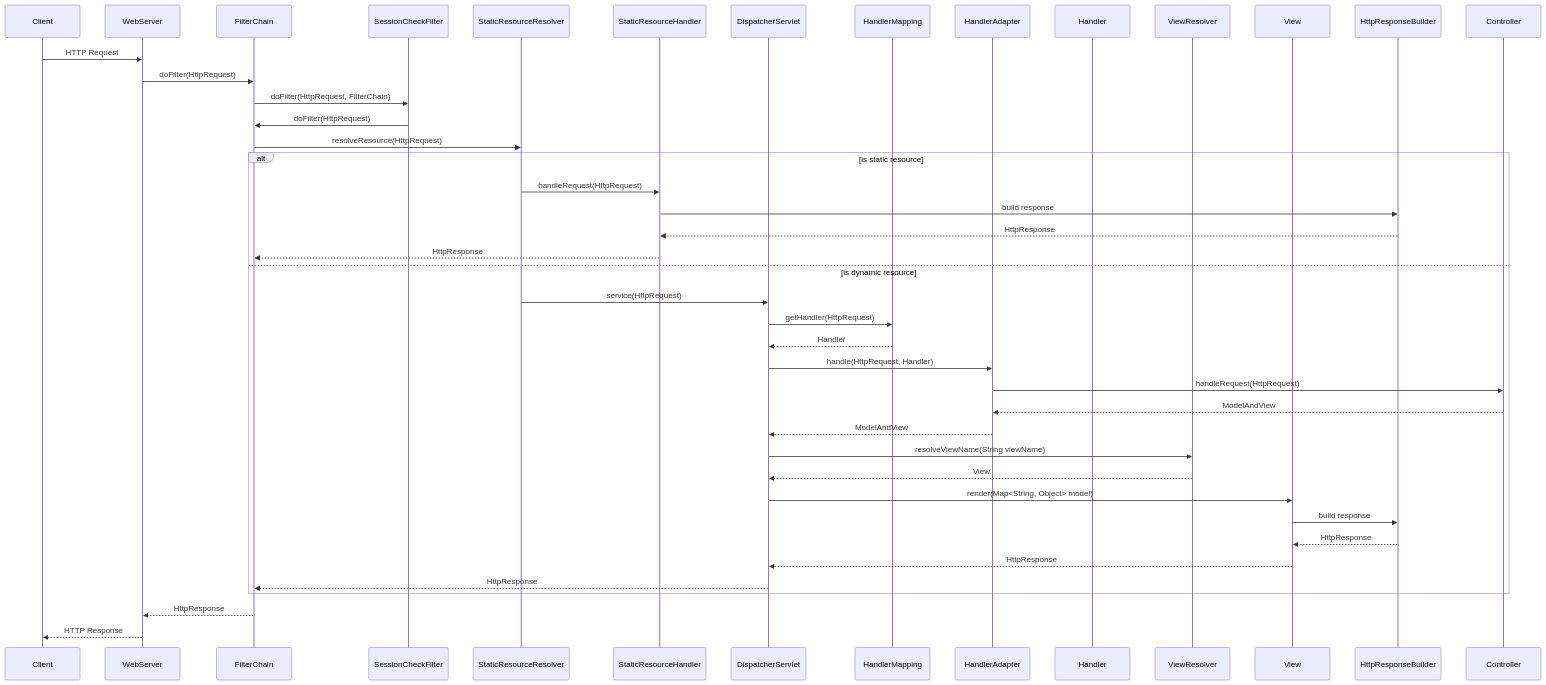
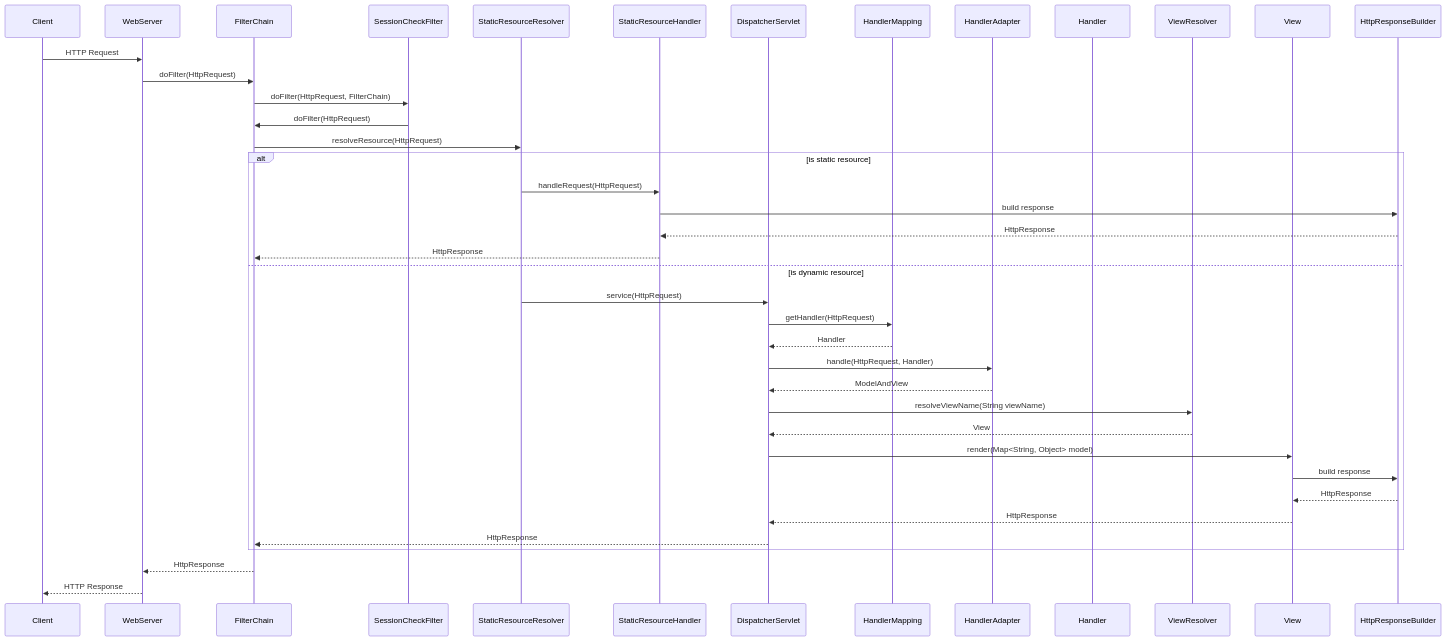
Before and after one commit to bellringstar/java-was: the diagram in README.md, drawn with Mermaid.

````diff
--- a/README.md
+++ b/README.md
@@ -9,44 +9,42 @@
 ```mermaid
 sequenceDiagram
     participant Client
     participant WebServer
     participant FilterChain
     participant SessionCheckFilter
     participant StaticResourceResolver
     participant StaticResourceHandler
     participant DispatcherServlet
     participant HandlerMapping
     participant HandlerAdapter
     participant Handler
     participant ViewResolver
     participant View
     participant HttpResponseBuilder
     Client->>WebServer: HTTP Request
     WebServer->>FilterChain: doFilter(HttpRequest)
     FilterChain->>SessionCheckFilter: doFilter(HttpRequest, FilterChain)
     SessionCheckFilter->>FilterChain: doFilter(HttpRequest)
     FilterChain->>StaticResourceResolver: resolveResource(HttpRequest)
     alt is static resource
         StaticResourceResolver->>StaticResourceHandler: handleRequest(HttpRequest)
         StaticResourceHandler->>HttpResponseBuilder: build response
         HttpResponseBuilder-->>StaticResourceHandler: HttpResponse
         StaticResourceHandler-->>FilterChain: HttpResponse
     else is dynamic resource
         StaticResourceResolver->>DispatcherServlet: service(HttpRequest)
         DispatcherServlet->>HandlerMapping: getHandler(HttpRequest)
         HandlerMapping-->>DispatcherServlet: Handler
         DispatcherServlet->>HandlerAdapter: handle(HttpRequest, Handler)
-        HandlerAdapter->>Controller: handleRequest(HttpRequest)
-        Controller-->>HandlerAdapter: ModelAndView
         HandlerAdapter-->>DispatcherServlet: ModelAndView
         DispatcherServlet->>ViewResolver: resolveViewName(String viewName)
         ViewResolver-->>DispatcherServlet: View
         DispatcherServlet->>View: render(Map<String, Object> model)
         View->>HttpResponseBuilder: build response
         HttpResponseBuilder-->>View: HttpResponse
         View-->>DispatcherServlet: HttpResponse
         DispatcherServlet-->>FilterChain: HttpResponse
     end
     FilterChain-->>WebServer: HttpResponse
     WebServer-->>Client: HTTP Response
 ```
````
